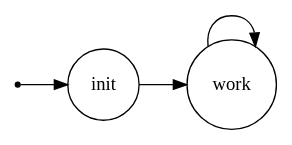
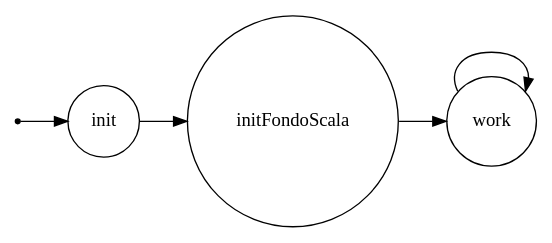
Before and after one commit to sabbio93/QRobotEvitaMuri: the diagram in Model0/srcMore/it/unibo/sonarbfisico/dotFsm.gv, drawn with Graphviz. The commit also changed 133 other files, not shown here.

```diff
--- a/Model0/srcMore/it/unibo/sonarbfisico/dotFsm.gv
+++ b/Model0/srcMore/it/unibo/sonarbfisico/dotFsm.gv
@@ -1,22 +1,24 @@
 /*
 *
 * A GraphViz DOT FSM description 
 * Please use a GraphViz visualizer (like http://www.webgraphviz.com)
 * 
 * Generated by AM,NC,RM
 *  
 */
  
 digraph finite_state_machine {
   	rankdir=LR;
   	size="8,5"
   	node [shape = point]; iniziale;
   	node [shape = doublecircle]; 
   	node [shape = circle];
   	iniziale -> init [label = ""];
   	
   	
-  	init -> work [ label = ""];
+  	init -> initFondoScala [ label = ""];
+  	
+  	initFondoScala -> work [ label = ""];
   	
   	work -> work [ label = ""];
 }
```
